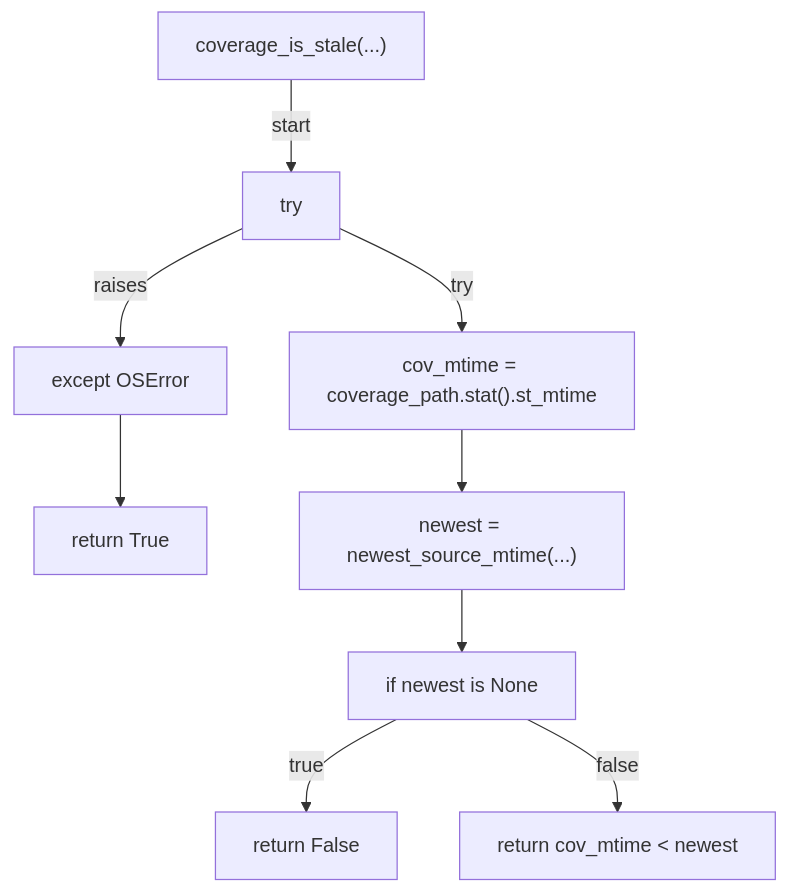
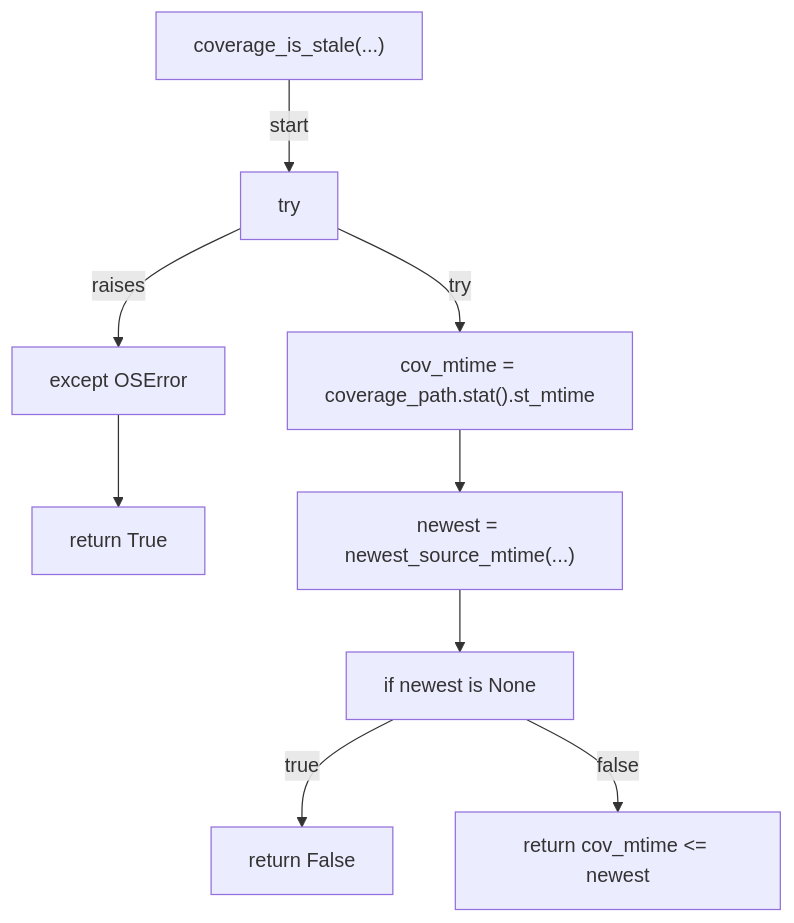
The third of 7 diagrams in docs/generated/scripts/ast/preflight_coverage.md (tvna/claude-md), drawn with Mermaid before and after one commit. The commit also changed 1 other file, not shown here.

Commit message:
docs(generated): regenerate decision tree and workflow diagrams
Refs #960

````diff
--- a/docs/generated/scripts/ast/preflight_coverage.md
+++ b/docs/generated/scripts/ast/preflight_coverage.md
@@ -37,20 +37,20 @@
 ```mermaid
 flowchart TD
     N001["coverage_is_stale(...)"]
     N002["try"]
     N003["cov_mtime = coverage_path.stat().st_mtime"]
     N004["except OSError"]
     N005["return True"]
     N006["newest = newest_source_mtime(...)"]
     N007["if newest is None"]
     N008["return False"]
-    N009["return cov_mtime < newest"]
+    N009["return cov_mtime <= newest"]
     N001 -->|"start"| N002
     N002 -->|"try"| N003
     N002 -->|"raises"| N004
     N004 --> N005
     N003 --> N006
     N006 --> N007
     N007 -->|"true"| N008
     N007 -->|"false"| N009
 ```
````
